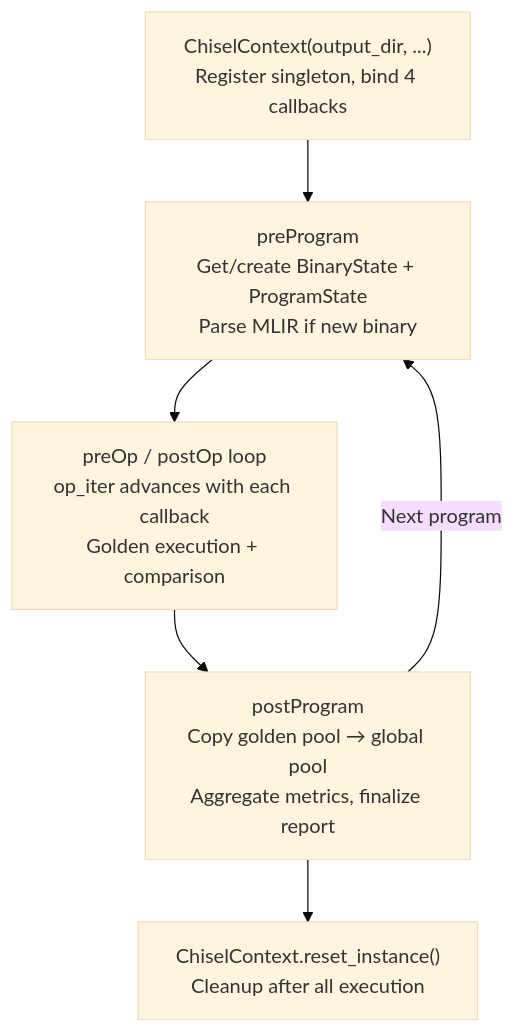
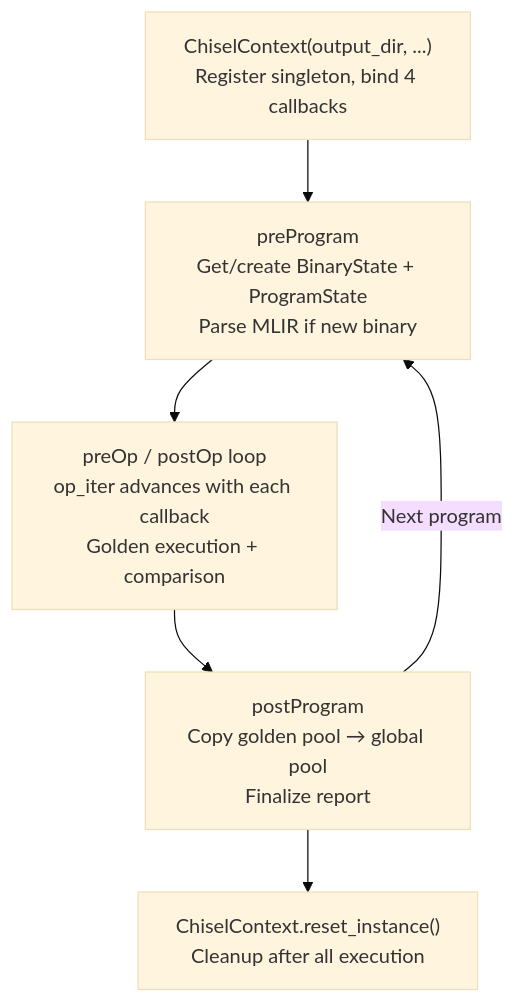
The first of 4 diagrams in tools/chisel/docs/architecture.md (tenstorrent/tt-mlir), drawn with Mermaid (base theme) before and after one commit. The commit also changed other lines of this file and 5 other files, not shown here.

````diff
--- a/tools/chisel/docs/architecture.md
+++ b/tools/chisel/docs/architecture.md
@@ -54,8 +54,8 @@
 ```mermaid
 flowchart TD;
     A["ChiselContext(output_dir, ...)<br/>Register singleton, bind 4 callbacks"] --> B["preProgram<br/>Get/create BinaryState + ProgramState<br/>Parse MLIR if new binary"]
     B --> C["preOp / postOp loop<br/>op_iter advances with each callback<br/>Golden execution + comparison"]
-    C --> D["postProgram<br/>Copy golden pool → global pool<br/>Aggregate metrics, finalize report"]
+    C --> D["postProgram<br/>Copy golden pool → global pool<br/>Finalize report"]
     D -->|"Next program"| B
     D --> E["ChiselContext.reset_instance()<br/>Cleanup after all execution"]
 ```
````
